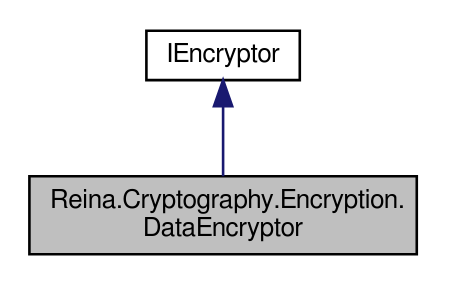
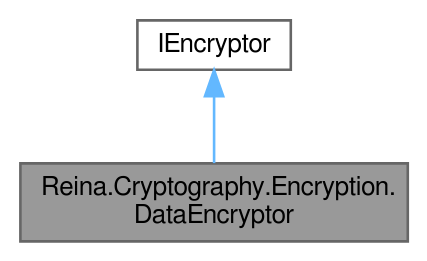
Before and after one commit to fkitsantas/Reina.Cryptography: the diagram in class_reina_1_1_cryptography_1_1_encryption_1_1_data_encryptor__inherit__graph.dot, drawn with Graphviz. The commit also changed 225 other files, not shown here.

```diff
--- a/class_reina_1_1_cryptography_1_1_encryption_1_1_data_encryptor__inherit__graph.dot
+++ b/class_reina_1_1_cryptography_1_1_encryption_1_1_data_encryptor__inherit__graph.dot
@@ -1,9 +1,10 @@
 digraph "Reina.Cryptography.Encryption.DataEncryptor"
 {
  // LATEX_PDF_SIZE
-  edge [fontname="FreeSans",fontsize="10",labelfontname="FreeSans",labelfontsize="10"];
-  node [fontname="FreeSans",fontsize="10",shape=record];
-  Node1 [label="Reina.Cryptography.Encryption.\lDataEncryptor",height=0.2,width=0.4,color="black", fillcolor="grey75", style="filled", fontcolor="black",tooltip="Implements encryption operations using a cascading triple-layered technique with Twofish,..."];
-  Node2 -> Node1 [dir="back",color="midnightblue",fontsize="10",style="solid",fontname="FreeSans"];
-  Node2 [label="IEncryptor",height=0.2,width=0.4,color="black", fillcolor="white", style="filled",URL="$interface_reina_1_1_cryptography_1_1_interfaces_1_1_i_encryptor.html",tooltip="Defines the contract for the DataEncryptor class that implements data encryption."];
+  bgcolor="transparent";
+  edge [fontname=FreeSans,fontsize=10,labelfontname=FreeSans,labelfontsize=10];
+  node [fontname=FreeSans,fontsize=10,shape=box,height=0.2,width=0.4];
+  Node1 [id="Node000001",label="Reina.Cryptography.Encryption.\lDataEncryptor",height=0.2,width=0.4,color="gray40", fillcolor="grey60", style="filled", fontcolor="black",tooltip="Implements encryption operations using a cascading triple-layered technique with Twofish,..."];
+  Node2 -> Node1 [id="edge1_Node000001_Node000002",dir="back",color="steelblue1",style="solid",tooltip=" "];
+  Node2 [id="Node000002",label="IEncryptor",height=0.2,width=0.4,color="gray40", fillcolor="white", style="filled",URL="$interface_reina_1_1_cryptography_1_1_interfaces_1_1_i_encryptor.html",tooltip="Defines the contract for the DataEncryptor class that implements data encryption."];
 }
```
